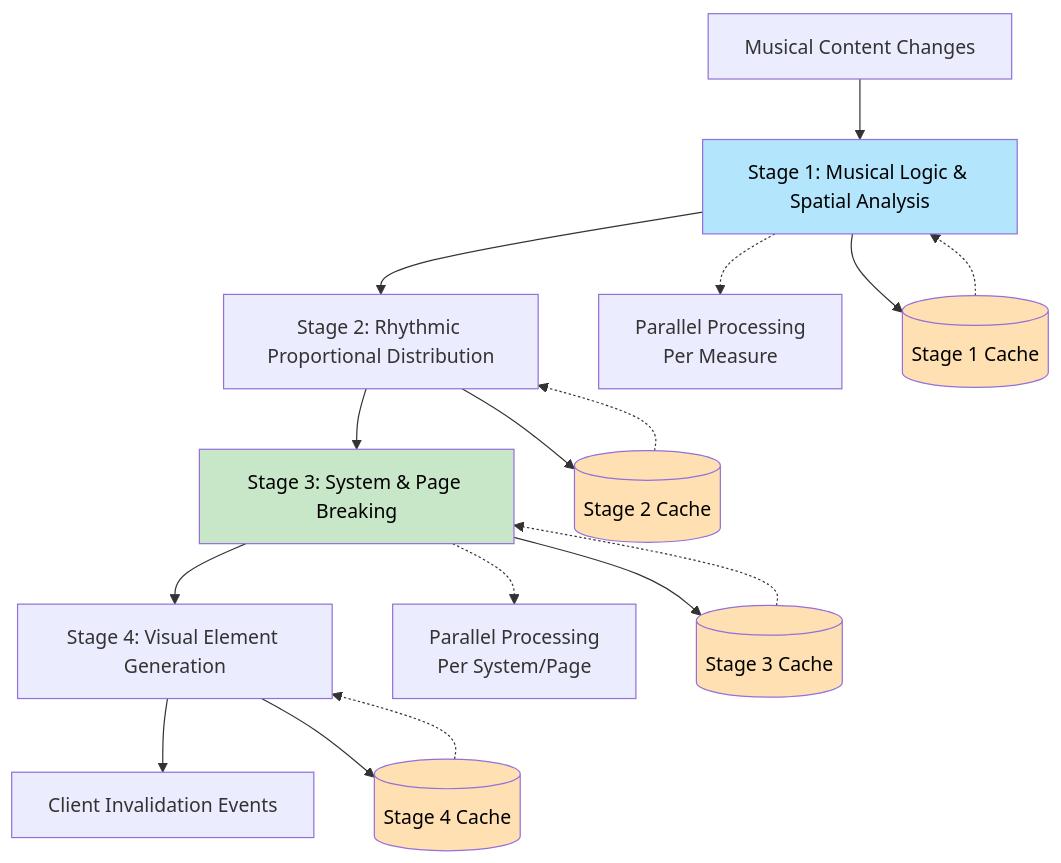
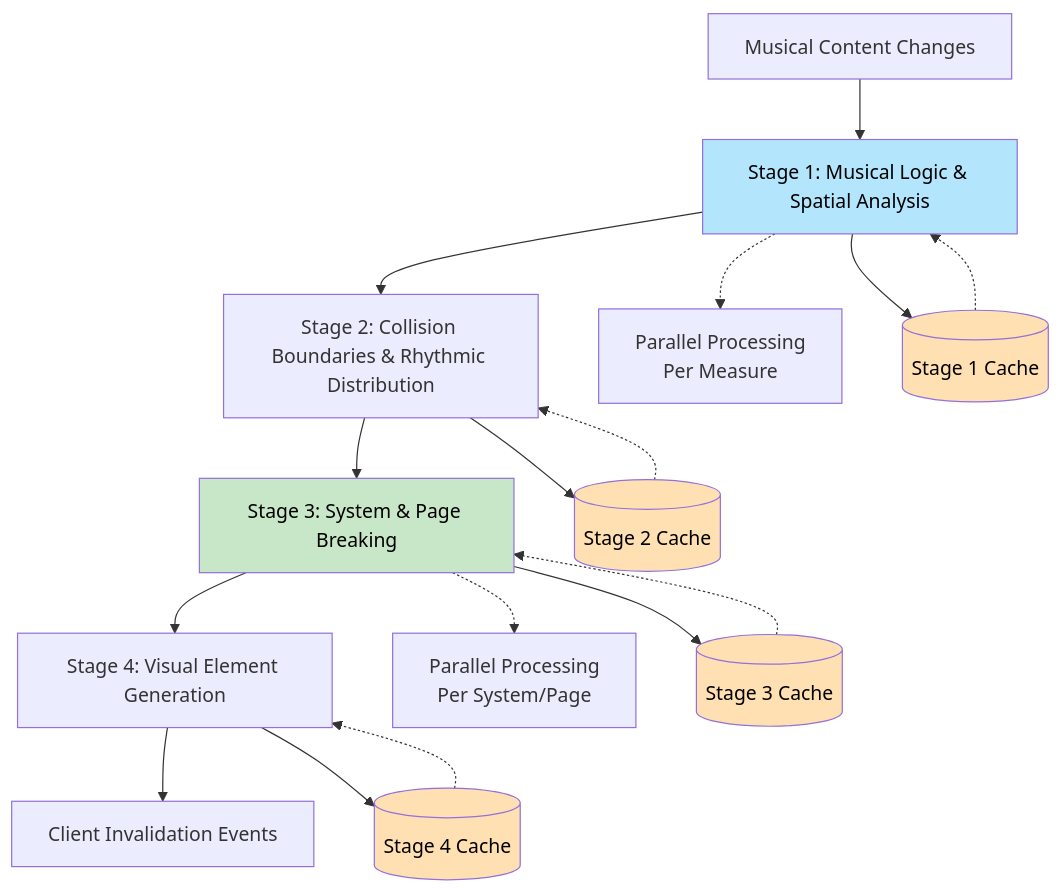
One commit to PeterBengtson/Ooloi-docs changed the first of 6 diagrams in ADRs/0028-Hierarchical-Rendering-Pipeline.md. Above: the diagram before and after it, drawn with Mermaid. The commit also changed other lines of this file, not shown here.

````diff
--- a/ADRs/0028-Hierarchical-Rendering-Pipeline.md
+++ b/ADRs/0028-Hierarchical-Rendering-Pipeline.md
@@ -71,28 +71,28 @@
 ```mermaid
 flowchart TD
     A[Musical Content Changes] --> B[Stage 1: Musical Logic & Spatial Analysis]
-    B --> C[Stage 2: Rhythmic Proportional Distribution]
+    B --> C[Stage 2: Collision Boundaries & Rhythmic Distribution]
     C --> D[Stage 3: System & Page Breaking]
     D --> E[Stage 4: Visual Element Generation]
     E --> F[Client Invalidation Events]
     
     B -.-> B1[Parallel Processing<br/>Per Measure]
     D -.-> D1[Parallel Processing<br/>Per System/Page]
     
     B --> Cache1[(Stage 1 Cache)]
     C --> Cache2[(Stage 2 Cache)]
     D --> Cache3[(Stage 3 Cache)]
     E --> Cache4[(Stage 4 Cache)]
     
     Cache1 -.-> B
     Cache2 -.-> C
     Cache3 -.-> D
     Cache4 -.-> E
     
     style B fill:#b3e5fc,color:#000
     style D fill:#c8e6c8,color:#000
     style Cache1 fill:#ffe0b2,color:#000
     style Cache2 fill:#ffe0b2,color:#000
     style Cache3 fill:#ffe0b2,color:#000
     style Cache4 fill:#ffe0b2,color:#000
 ```
````
